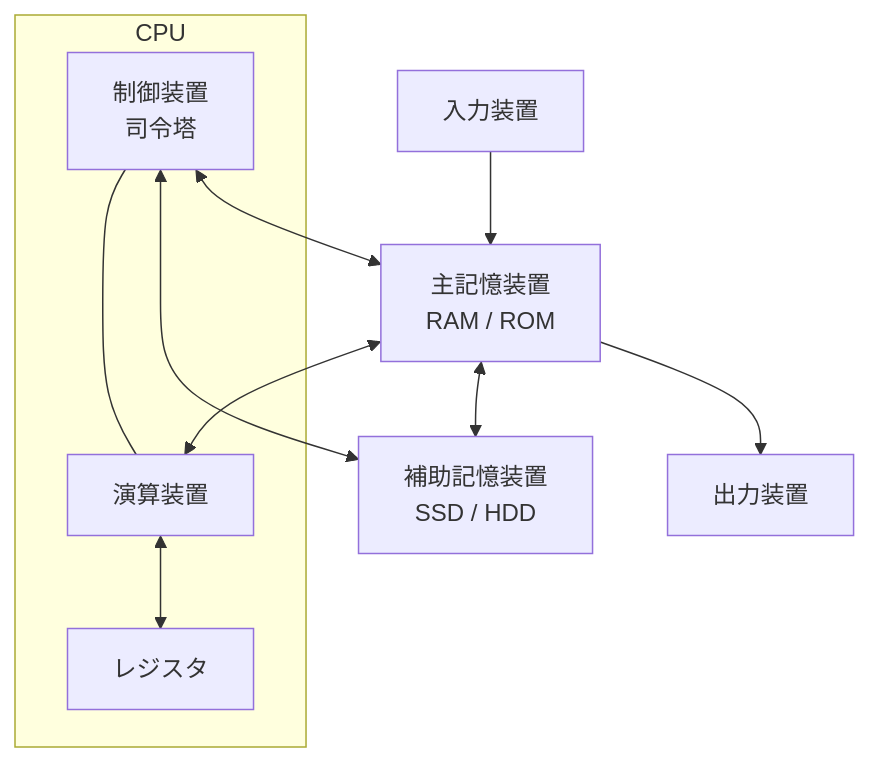
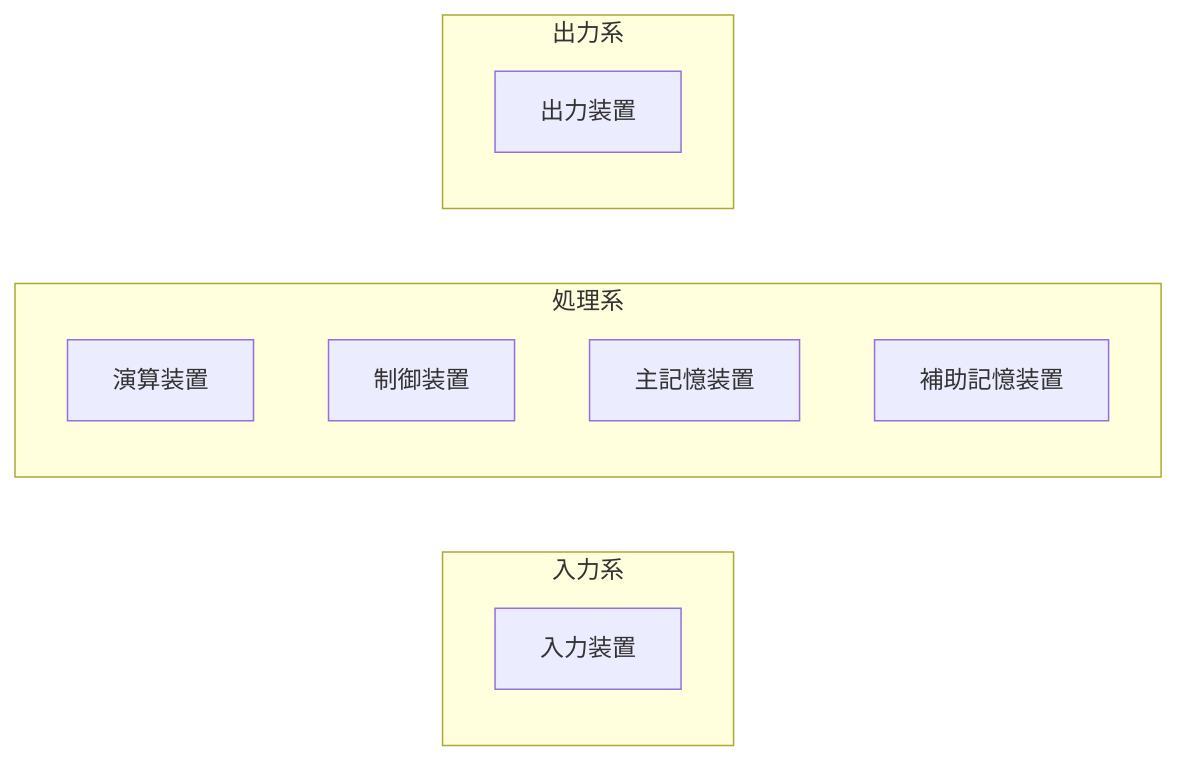
Before and after one commit to Bassiy/share_knowledge: the diagram in concepts/computer_architecture.md, drawn with Mermaid.

Commit message:
sync: update from info repo

````diff
--- a/concepts/computer_architecture.md
+++ b/concepts/computer_architecture.md
@@ -10,18 +10,17 @@
 ```mermaid
-flowchart TD
-    IN[入力装置] --> MEM
-    MEM --> OUT[出力装置]
-    MEM[主記憶装置\nRAM / ROM] <--> AUX[補助記憶装置\nSSD / HDD]
-
-    subgraph CPU
-        CTL[制御装置\n司令塔]
-        ALU[演算装置]
-        REG[レジスタ]
+flowchart LR
+    subgraph 入力系
+        IN[入力装置]
     end
 
-    CTL <--> MEM
-    CTL <--> AUX
-    CTL --- ALU
-    MEM <--> ALU
-    ALU <--> REG
+    subgraph 処理系
+        ALU[演算装置]
+        CTL[制御装置]
+        MEM[主記憶装置]
+        AUX[補助記憶装置]
+    end
+
+    subgraph 出力系
+        OUT[出力装置]
+    end
 ```
````
